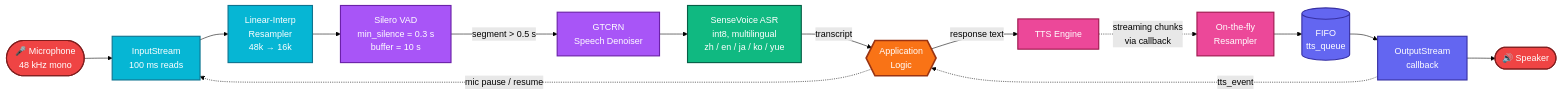
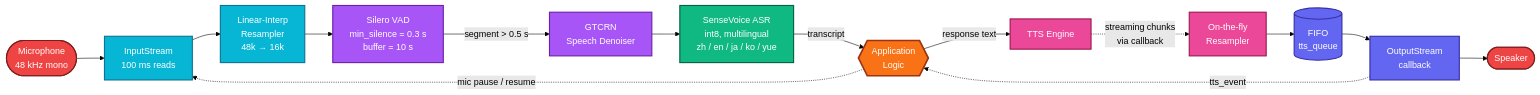
One commit to Prithwis-2023/sherpa-onnx changed the first of 4 diagrams in python-api-examples/BAYMAX_WORKFLOW.md. Above: the diagram before and after it, drawn with Mermaid (forest theme). The commit also changed other lines of this file, not shown here.

````diff
--- a/python-api-examples/BAYMAX_WORKFLOW.md
+++ b/python-api-examples/BAYMAX_WORKFLOW.md
@@ -18,33 +18,33 @@
 ```mermaid
 flowchart LR
-    MIC([🎤 Microphone<br/>48 kHz mono]) --> READ[InputStream<br/>100 ms reads]
+    MIC([Microphone<br/>48 kHz mono]) --> READ[InputStream<br/>100 ms reads]
     READ --> RS1[Linear-Interp<br/>Resampler<br/>48k → 16k]
     RS1 --> VAD[Silero VAD<br/>min_silence = 0.3 s<br/>buffer = 10 s]
     VAD -->|segment > 0.5 s| DEN[GTCRN<br/>Speech Denoiser]
     DEN --> ASR[SenseVoice ASR<br/>int8, multilingual<br/>zh / en / ja / ko / yue]
     ASR -->|transcript| APP{{Application<br/>Logic}}
     APP -->|response text| TTS[TTS Engine]
     TTS -.->|streaming chunks<br/>via callback| RS2[On-the-fly<br/>Resampler]
     RS2 --> Q[(FIFO<br/>tts_queue)]
     Q --> OUT[OutputStream<br/>callback]
-    OUT --> SPK([🔊 Speaker])
+    OUT --> SPK([Speaker])
 
     OUT -.->|tts_event| APP
     APP -.->|mic pause / resume| READ
 
     classDef capture fill:#06b6d4,stroke:#0e7490,stroke-width:2px,color:#fff
     classDef process fill:#a855f7,stroke:#6b21a8,stroke-width:2px,color:#fff
     classDef asr  fill:#10b981,stroke:#065f46,stroke-width:2px,color:#fff
     classDef app  fill:#f97316,stroke:#9a3412,stroke-width:3px,color:#fff
     classDef tts  fill:#ec4899,stroke:#9d174d,stroke-width:2px,color:#fff
     classDef out  fill:#6366f1,stroke:#3730a3,stroke-width:2px,color:#fff
     classDef dev  fill:#ef4444,stroke:#7f1d1d,stroke-width:2px,color:#fff
 
     class MIC,SPK dev
     class READ,RS1 capture
     class VAD,DEN process
     class ASR asr
     class APP app
     class TTS,RS2 tts
     class Q,OUT out
 ```
````
